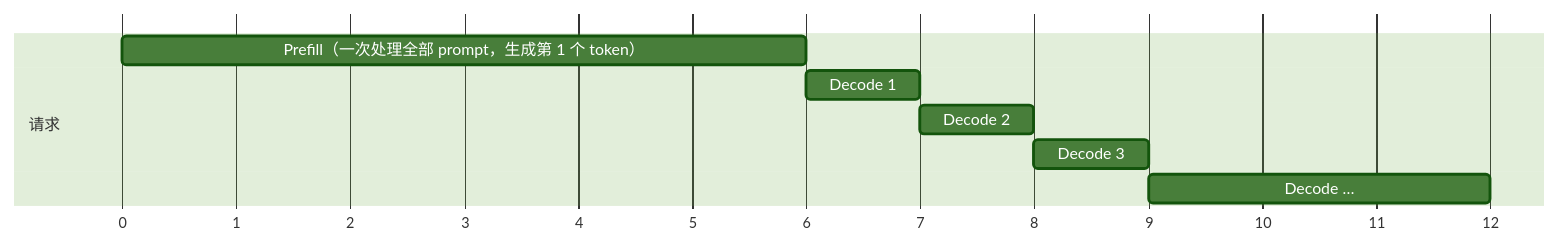
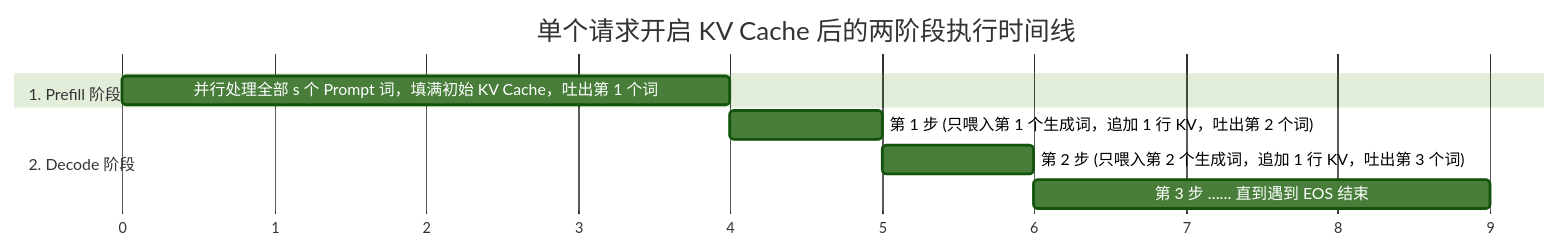
Before and after one commit to zrpxx/hands-on-llm-serving-opt: the second of 2 diagrams in stage1/03-kv-cache-prefill-decode.md, drawn with Mermaid (forest theme). The commit also changed other lines of this file and 22 other files, not shown here.

````diff
--- a/stage1/03-kv-cache-prefill-decode.md
+++ b/stage1/03-kv-cache-prefill-decode.md
@@ -62,11 +88,12 @@
 ```mermaid
 gantt
+  title 单个请求开启 KV Cache 后的两阶段执行时间线
   dateFormat X
   axisFormat %s
-  section 请求
-  Prefill（一次处理全部 prompt，生成第 1 个 token） :a1, 0, 6s
-  Decode 1 :a2, after a1, 1s
-  Decode 2 :a3, after a2, 1s
-  Decode 3 :a4, after a3, 1s
-  Decode … :a5, after a4, 3s
+  section 1. Prefill 阶段
+  并行处理全部 s 个 Prompt 词，填满初始 KV Cache，吐出第 1 个词 :a1, 0, 4s
+  section 2. Decode 阶段
+  第 1 步 (只喂入第 1 个生成词，追加 1 行 KV，吐出第 2 个词) :a2, after a1, 1s
+  第 2 步 (只喂入第 2 个生成词，追加 1 行 KV，吐出第 3 个词) :a3, after a2, 1s
+  第 3 步 …… 直到遇到 EOS 结束 :a4, after a3, 3s
 ```
````
